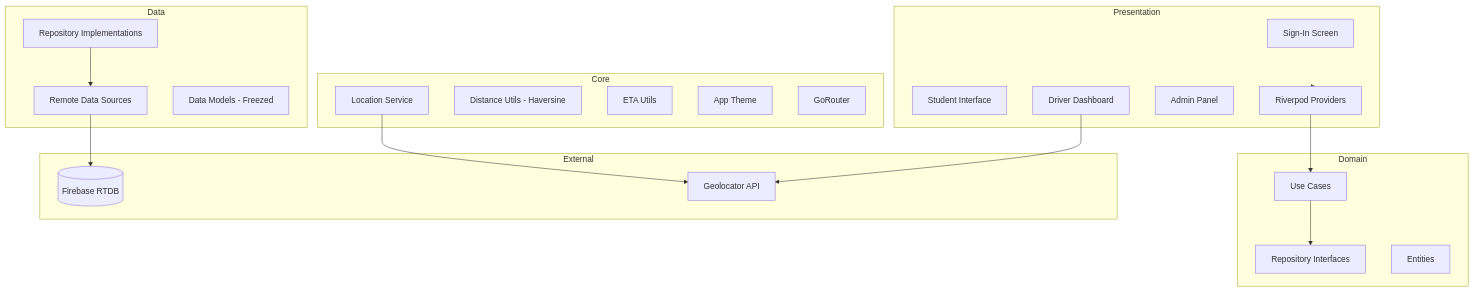
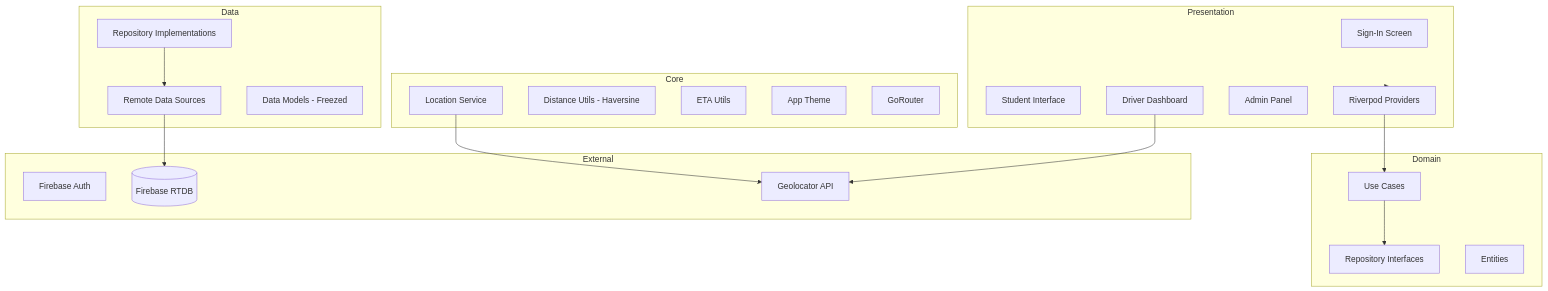
The first of 3 diagrams in README.md (anupam9919/Real-Time-Vehicle-Tracking-System), drawn with Mermaid before and after one commit. The commit also changed other lines of this file, not shown here.

Commit message:
feat: document first admin setup, Firebase Auth integration, unified user role lookup, and driver speed transmission.

````diff
--- a/README.md
+++ b/README.md
@@ -35,43 +36,44 @@
 ```mermaid
 graph TD
     subgraph Presentation
         SignIn[Sign-In Screen]
         UserApp[Student Interface]
         DriverApp[Driver Dashboard]
         AdminApp[Admin Panel]
         Providers[Riverpod Providers]
     end
 
     subgraph Domain
         UseCases[Use Cases]
         Repos[Repository Interfaces]
         Entities[Entities]
     end
 
     subgraph Data
         RepoImpl[Repository Implementations]
         DataSources[Remote Data Sources]
         Models[Data Models - Freezed]
     end
 
     subgraph Core
         LocationSvc[Location Service]
         DistUtils[Distance Utils - Haversine]
         EtaUtils[ETA Utils]
         Theme[App Theme]
         Router[GoRouter]
     end
 
     subgraph External
+        FireAuth[Firebase Auth]
         Firebase[(Firebase RTDB)]
         Geolocator[Geolocator API]
     end
 
     Presentation --> Providers
     Providers --> UseCases
     UseCases --> Repos
     RepoImpl --> DataSources
     DataSources --> Firebase
     DriverApp --> Geolocator
     LocationSvc --> Geolocator
 ```
````
